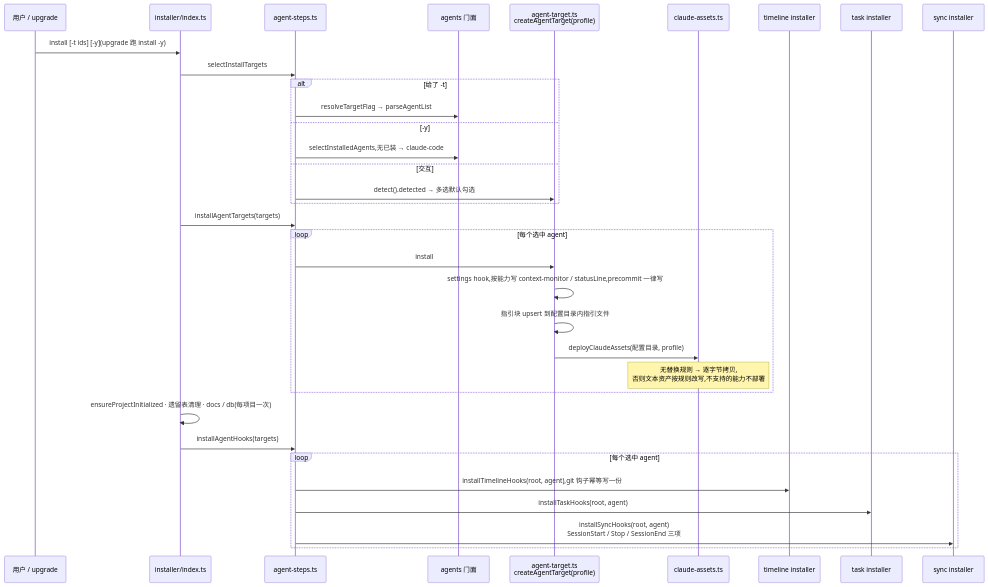
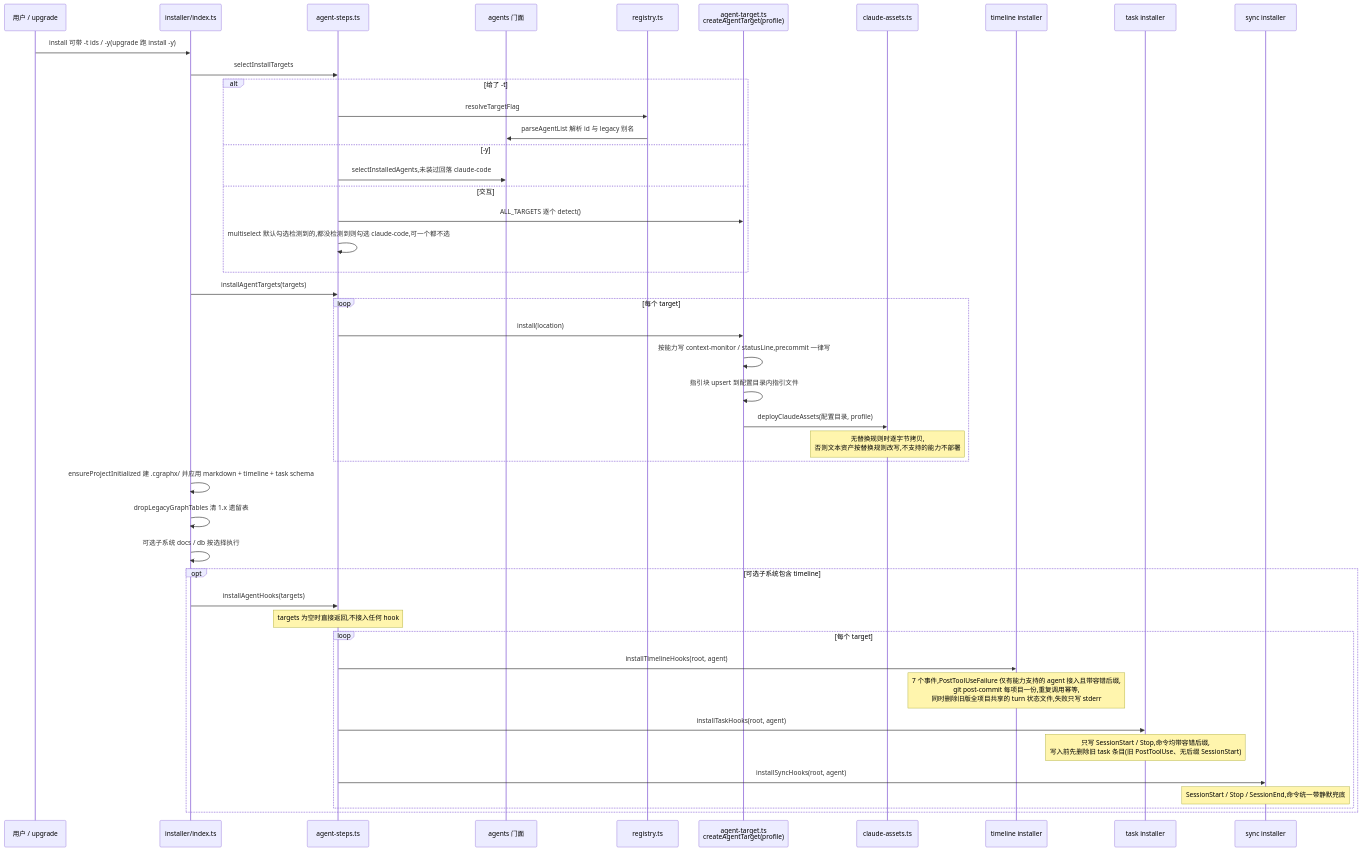
The first of 3 diagrams in docs/code-map/flows/多agent安装.md (smdnkB/cgraphx), drawn with Mermaid before and after one commit. The commit also changed other lines of this file and 8 other files, not shown here.

First line of the commit message:
docs: 更新任务知识库与代码地图——任务自动关联落地后的现状

````diff
--- a/docs/code-map/flows/多agent安装.md
+++ b/docs/code-map/flows/多agent安装.md
@@ -59,37 +51,48 @@
 ```mermaid
 sequenceDiagram
   participant U as 用户 / upgrade
   participant IX as installer/index.ts
   participant AS as agent-steps.ts
   participant AP as agents 门面
+  participant RG as registry.ts
   participant TG as agent-target.ts<br/>createAgentTarget(profile)
   participant CA as claude-assets.ts
   participant TL as timeline installer
   participant TK as task installer
   participant SY as sync installer
 
-  U->>IX: install [-t ids] [-y](upgrade 跑 install -y)
+  U->>IX: install 可带 -t ids / -y(upgrade 跑 install -y)
   IX->>AS: selectInstallTargets
   alt 给了 -t
-    AS->>AP: resolveTargetFlag → parseAgentList
+    AS->>RG: resolveTargetFlag
+    RG->>AP: parseAgentList 解析 id 与 legacy 别名
   else -y
-    AS->>AP: selectInstalledAgents,无已装 → claude-code
+    AS->>AP: selectInstalledAgents,未装过回落 claude-code
   else 交互
-    AS->>TG: detect().detected → 多选默认勾选
+    AS->>TG: ALL_TARGETS 逐个 detect()
+    AS->>AS: multiselect 默认勾选检测到的,都没检测到则勾选 claude-code,可一个都不选
   end
   IX->>AS: installAgentTargets(targets)
-  loop 每个选中 agent
-    AS->>TG: install
-    TG->>TG: settings hook,按能力写 context-monitor / statusLine,precommit 一律写
+  loop 每个 target
+    AS->>TG: install(location)
+    TG->>TG: 按能力写 context-monitor / statusLine,precommit 一律写
     TG->>TG: 指引块 upsert 到配置目录内指引文件
     TG->>CA: deployClaudeAssets(配置目录, profile)
-    Note over CA: 无替换规则 → 逐字节拷贝,<br/>否则文本资产按规则改写,不支持的能力不部署
+    Note over CA: 无替换规则时逐字节拷贝,<br/>否则文本资产按替换规则改写,不支持的能力不部署
   end
-  IX->>IX: ensureProjectInitialized · 遗留表清理 · docs / db(每项目一次)
-  IX->>AS: installAgentHooks(targets)
-  loop 每个选中 agent
-    AS->>TL: installTimelineHooks(root, agent),git 钩子幂等写一份
-    AS->>TK: installTaskHooks(root, agent)
-    AS->>SY: installSyncHooks(root, agent)<br/>SessionStart / Stop / SessionEnd 三项
+  IX->>IX: ensureProjectInitialized 建 .cgraphx/ 并应用 markdown + timeline + task schema
+  IX->>IX: dropLegacyGraphTables 清 1.x 遗留表
+  IX->>IX: 可选子系统 docs / db 按选择执行
+  opt 可选子系统包含 timeline
+    IX->>AS: installAgentHooks(targets)
+    Note over AS: targets 为空时直接返回,不接入任何 hook
+    loop 每个 target
+      AS->>TL: installTimelineHooks(root, agent)
+      Note over TL: 7 个事件,PostToolUseFailure 仅有能力支持的 agent 接入且带容错后缀,<br/>git post-commit 每项目一份,重复调用幂等,<br/>同时删除旧版全项目共享的 turn 状态文件,失败只写 stderr
+      AS->>TK: installTaskHooks(root, agent)
+      Note over TK: 只写 SessionStart / Stop,命令均带容错后缀,<br/>写入前先删除旧 task 条目(旧 PostToolUse、无后缀 SessionStart)
+      AS->>SY: installSyncHooks(root, agent)
+      Note over SY: SessionStart / Stop / SessionEnd,命令统一带静默兜底
+    end
   end
 ```
````
